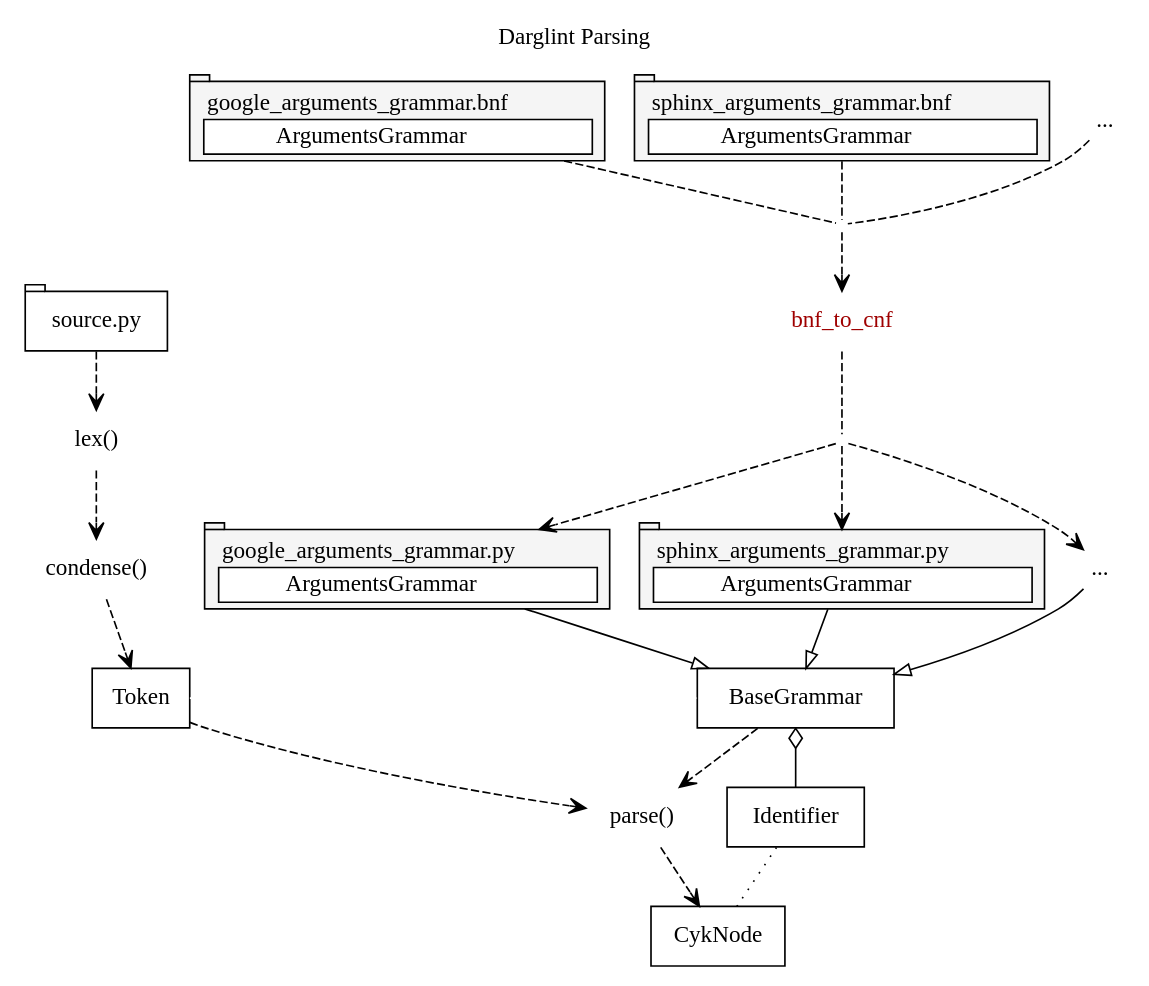
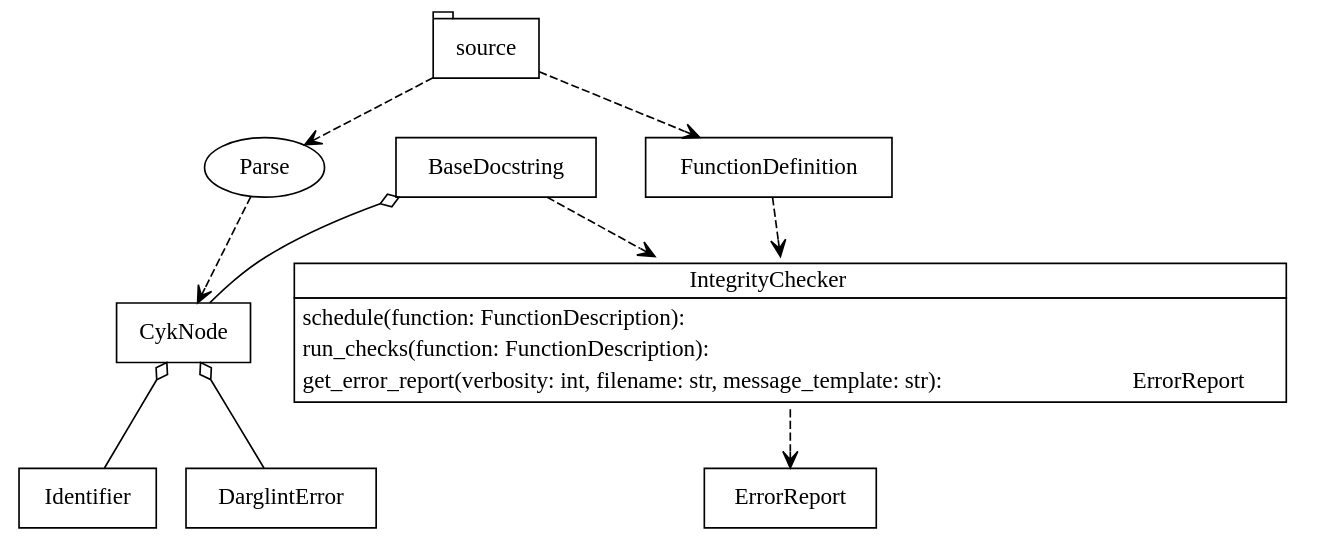
Before and after one commit to akaihola/darglint2: the diagram in static/Overview.dot, drawn with Graphviz. The commit also changed 3 other files, not shown here.

```diff
--- a/static/Overview.dot
+++ b/static/Overview.dot
@@ -1,87 +1,49 @@
 digraph G {
-    label="Darglint Parsing\n ";
-    labelloc="top";
+  node [shape="rect"];
+  source [label="source", shape="tab"];
+  parse [label="Parse", shape="oval"];
+  CykNode;
+  Identifier;
+  DarglintError;
+  IntegrityChecker [shape="plaintext", label=<
+    <table border="0" cellborder="1" cellspacing="0">
+      <tr><td colspan="2">IntegrityChecker</td></tr>
+      <tr>
+        <td>
+          <table border="0" cellborder="0" cellspacing="0">
+            <tr>
+              <td align="left">schedule(function: FunctionDescription):</td>
+              <td></td>
+            </tr>
+            <tr>
+              <td align="left">run_checks(function: FunctionDescription): </td>
+              <td></td>
+            </tr>
+            <tr>
+              <td align="left">get_error_report(verbosity: int, filename: str, message_template: str):</td>
+              <td>ErrorReport</td>
+            </tr>
+          </table>
+        </td>
+      </tr>
+    </table>
+  >];
+  BaseDocstring;
+  ErrorReport;
+  FunctionDefinition;
 
-    /* ============= GRAMMAR GENERATION =========================== */
-    node [shape="rect", style="filled", fillcolor="#f5f5f5"];
-    bnf_to_cnf [shape="none", fontcolor="#9f0000", style=""];
-    subgraph bnf_cluster {
-        google_arguments_section [shape="tab", label=<
-        <table border="0" cellborder="0" cellspacing="0">
-          <tr><td>google_arguments_grammar.bnf</td></tr>
-          <tr><td border="1" bgcolor="#ffffff">ArgumentsGrammar</td></tr>
-        </table>>];
+  // Input/Output
+  edge [style="dashed", arrowhead="vee"];
+  source -> { parse, FunctionDefinition };
+  parse -> CykNode;
+  { BaseDocstring, FunctionDefinition } -> IntegrityChecker -> ErrorReport;
 
-        sphinx_arguments_section [shape="tab", label=<
-        <table border="0" cellborder="0" cellspacing="0">
-          <tr><td>sphinx_arguments_grammar.bnf</td></tr>
-          <tr><td border="1" bgcolor="#ffffff">ArgumentsGrammar</td></tr>
-        </table>>];
 
-        dots [style="", label="...", shape="none", height="0.1", width="0.1"];
-    }
-    subgraph cnf_cluster {
-        google_arguments_section1 [shape="tab", label=<
-        <table border="0" cellborder="0" cellspacing="0">
-          <tr><td>google_arguments_grammar.py</td></tr>
-          <tr><td border="1" bgcolor="#ffffff">ArgumentsGrammar</td></tr>
-        </table>>];
+  // Is-A
+  edge [style="solid", arrowhead="onormal"];
 
-        sphinx_arguments_section1 [shape="tab", label=<
-        <table border="0" cellborder="0" cellspacing="0">
-          <tr><td>sphinx_arguments_grammar.py</td></tr>
-          <tr><td border="1" bgcolor="#ffffff">ArgumentsGrammar</td></tr>
-        </table>>];
-
-        dots1 [style="", label="...", shape="none", height="0.1", width="0.1"];
-    }
-
-    /* ============= LEXING ======================================= */
-    node [fillcolor="#ffffff"];
-    source [shape="tab", label="source.py"];
-    lex [shape="none", label="lex()"];
-    condense [shape="none", label="condense()"];
-
-    /* ============= PARSING ====================================== */
-    parse [shape="none", label="parse()"];
-
-    BaseGrammar;
-    Identifier;
-    Token;
-    CykNode;
-
-    // Input-Output
-    edge [style="dashed", arrowhead="vee"];
-    { BaseGrammar, Token } -> parse -> CykNode;
-
-    _blank0 [shape="none", label="", width="0.1", height="0.1"];
-    { google_arguments_section, sphinx_arguments_section, dots } -> _blank0 [arrowhead="none"];
-    _blank0 -> bnf_to_cnf;
-
-    _blank1 [shape="none", label="", width="0.1", height="0.1"];
-    bnf_to_cnf -> _blank1 [arrowhead="none"];
-    _blank1 -> {google_arguments_section1, sphinx_arguments_section1, dots1};
-
-    source -> lex -> condense -> Token;
-
-    // Is-a
-    edge [style="solid", arrowhead="onormal"];
-    { dots1, google_arguments_section1, sphinx_arguments_section1 } -> BaseGrammar;
-    // Has-a
-    edge [dir="both", arrowhead="none", arrowtail="odiamond"];
-    BaseGrammar -> Identifier;
-
-    // Association
-    edge [style="dotted", arrowhead="none", arrowtail="none"];
-    Identifier -> CykNode;
-
-    // Misc Shaping. (Delete after every addition/removal above.)
-
-    {
-        rank="same";
-        node [label="", shape="none"];
-        edge [color="white"];
-        // Force token to be in line with the source, lex, condense chain.
-        Token -> empty0 -> empty1 -> empty2 -> empty3 -> BaseGrammar;
-    }
+  // Has-A
+  edge [dir="both", arrowhead="none", arrowtail="odiamond"];
+  CykNode -> { Identifier, DarglintError };
+  BaseDocstring -> CykNode;
 }
```
